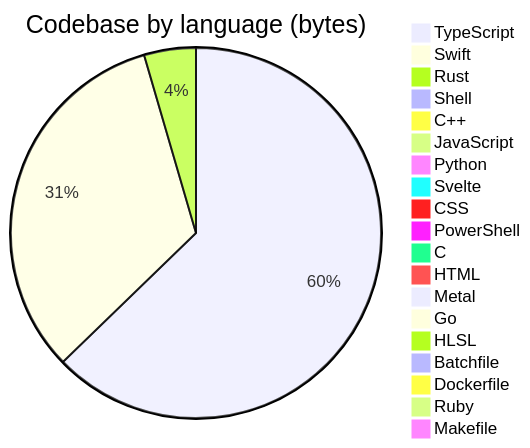
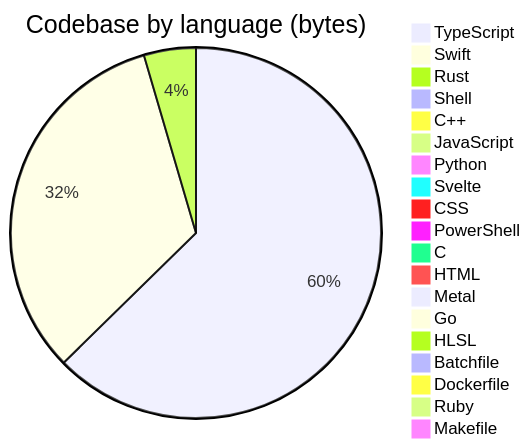
The diagram in profile/README.md (Open330/.github), drawn with Mermaid before and after one commit. The commit also changed other lines of this file, not shown here.

````diff
--- a/profile/README.md
+++ b/profile/README.md
@@ -130,22 +130,22 @@
 ```mermaid
 pie title Codebase by language (bytes)
     "TypeScript" : 34474664
-    "Swift" : 17983034
-    "Rust" : 2481725
+    "Swift" : 18049319
+    "Rust" : 2496071
     "Shell" : 500149
     "C++" : 388775
     "JavaScript" : 368493
     "Python" : 329808
     "Svelte" : 143451
     "CSS" : 142903
     "PowerShell" : 128198
     "C" : 114143
     "HTML" : 50085
     "Metal" : 33033
     "Go" : 22811
     "HLSL" : 7527
     "Batchfile" : 5870
     "Dockerfile" : 4893
     "Ruby" : 1554
     "Makefile" : 1150
 ```
````
